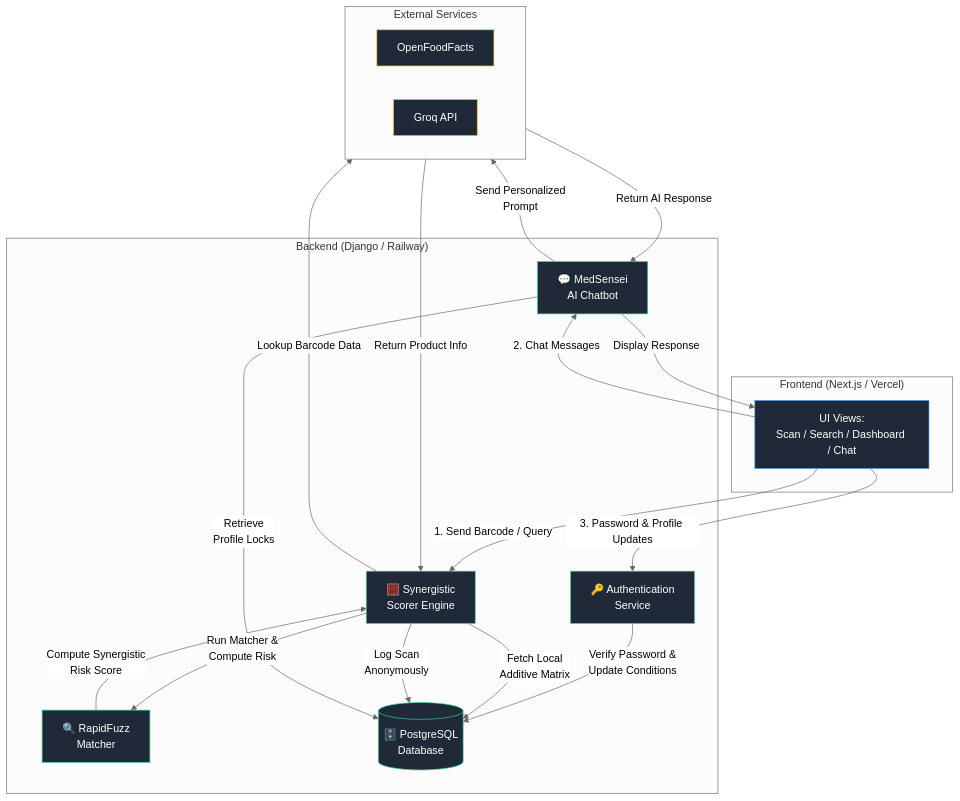
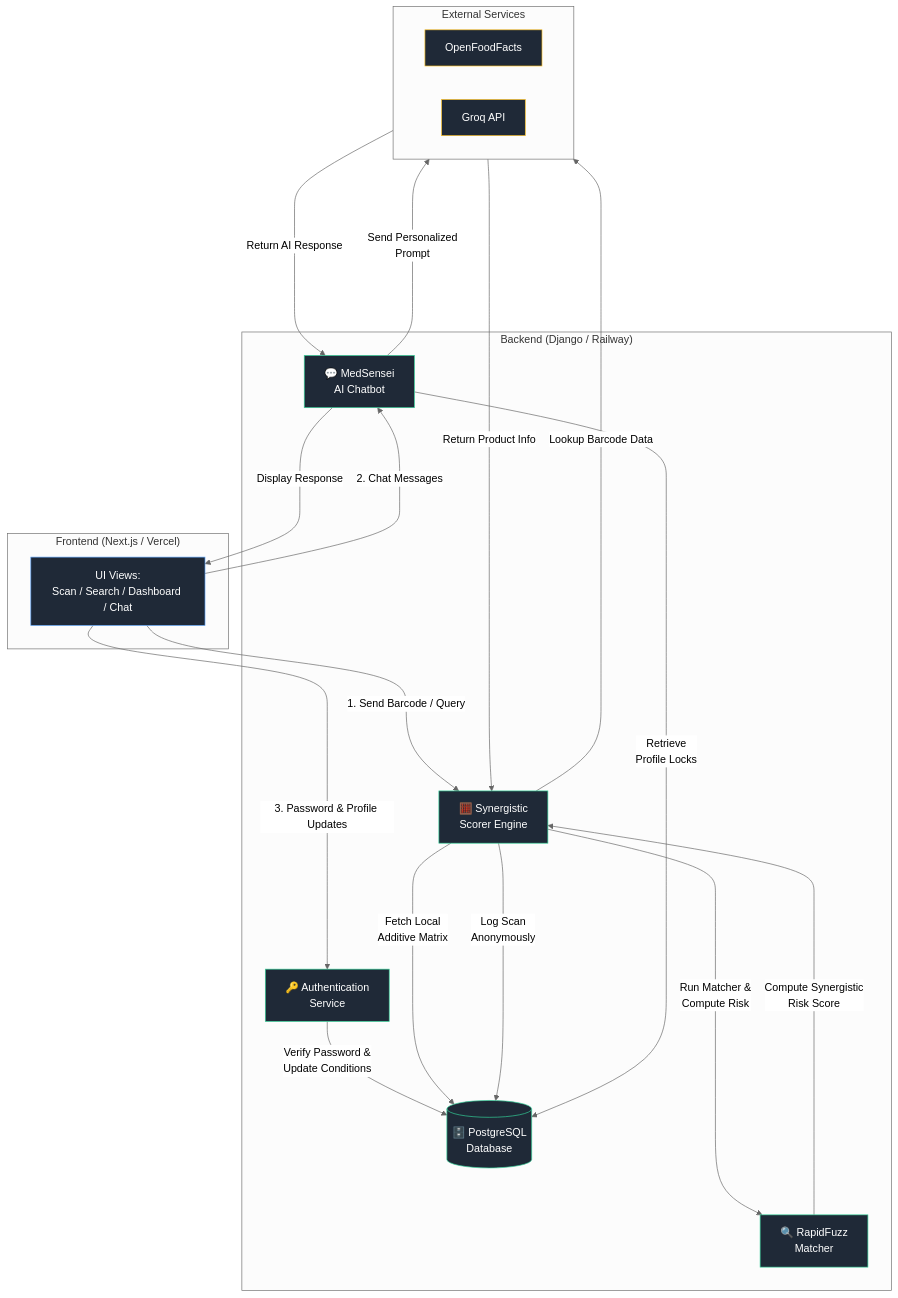
One commit to sirikumar9106/BioDose---Intelligent-Food-Quality-Consumer-Safety-Intelligence-System changed the second of 4 diagrams in README.md. Above: the diagram before and after it, drawn with Mermaid (neutral theme).

Commit message:
Refactor UI flow diagram in README

````diff
--- a/README.md
+++ b/README.md
@@ -33,49 +33,49 @@
 ```mermaid
 %%{init: {'flowchart': {'nodeSpacing': 50, 'rankSpacing': 70}}}%%
 graph TD
     subgraph Frontend ["Frontend (Next.js / Vercel)"]
         UI["UI Views:<br/>Scan / Search / Dashboard / Chat"]
     end
 
     subgraph Backend ["Backend (Django / Railway)"]
         Auth["🔑 Authentication<br/>Service"]
         Scorer["🧮 Synergistic<br/>Scorer Engine"]
         Matcher["🔍 RapidFuzz<br/>Matcher"]
         Chat["💬 MedSensei<br/>AI Chatbot"]
         DB[("🗄️ PostgreSQL<br/>Database")]
     end
 
     subgraph External ["External Services"]
         direction LR
         OFF["OpenFoodFacts"]
         Groq["Groq API"]
     end
 
-    UI -->|"1. Send Barcode / Query"| Scorer
-    UI -->|"2. Chat Messages"| Chat
-    UI -->|"3. Password & Profile Updates"| Auth
+    UI --->|"1. Send Barcode / Query"| Scorer
+    UI --->|"2. Chat Messages"| Chat
+    UI --->|"3. Password & Profile Updates"| Auth
 
     Auth -->|"Verify Password &<br/>Update Conditions"| DB
 
-    Scorer -->|"Lookup Barcode Data"| OFF
-    OFF -->|"Return Product Info"| Scorer
-    Scorer -->|"Fetch Local<br/>Additive Matrix"| DB
-    Scorer -->|"Run Matcher &<br/>Compute Risk"| Matcher
-    Matcher -->|"Compute Synergistic<br/>Risk Score"| Scorer
-    Scorer -->|"Log Scan<br/>Anonymously"| DB
+    Scorer ---->|"Lookup Barcode Data"| OFF
+    OFF ---->|"Return Product Info"| Scorer
+    Scorer ---->|"Fetch Local<br/>Additive Matrix"| DB
+    Scorer --->|"Run Matcher &<br/>Compute Risk"| Matcher
+    Matcher ----->|"Compute Synergistic<br/>Risk Score"| Scorer
+    Scorer --->|"Log Scan<br/>Anonymously"| DB
 
-    Chat -->|"Retrieve<br/>Profile Locks"| DB
-    Chat -->|"Send Personalized<br/>Prompt"| Groq
-    Groq -->|"Return AI Response"| Chat
+    Chat --->|"Retrieve<br/>Profile Locks"| DB
+    Chat --->|"Send Personalized<br/>Prompt"| Groq
+    Groq ---->|"Return AI Response"| Chat
     Chat -->|"Display Response"| UI
 
     Matcher ~~~ External
 
     classDef frontendStyle fill:#1f2937,stroke:#60a5fa,stroke-width:1px,color:#fff
     classDef backendStyle fill:#1f2937,stroke:#34d399,stroke-width:1px,color:#fff
     classDef externalStyle fill:#1f2937,stroke:#fbbf24,stroke-width:1px,color:#fff
 
     class UI frontendStyle
     class Auth,Scorer,Matcher,Chat,DB backendStyle
     class OFF,Groq externalStyle
 ```
````
